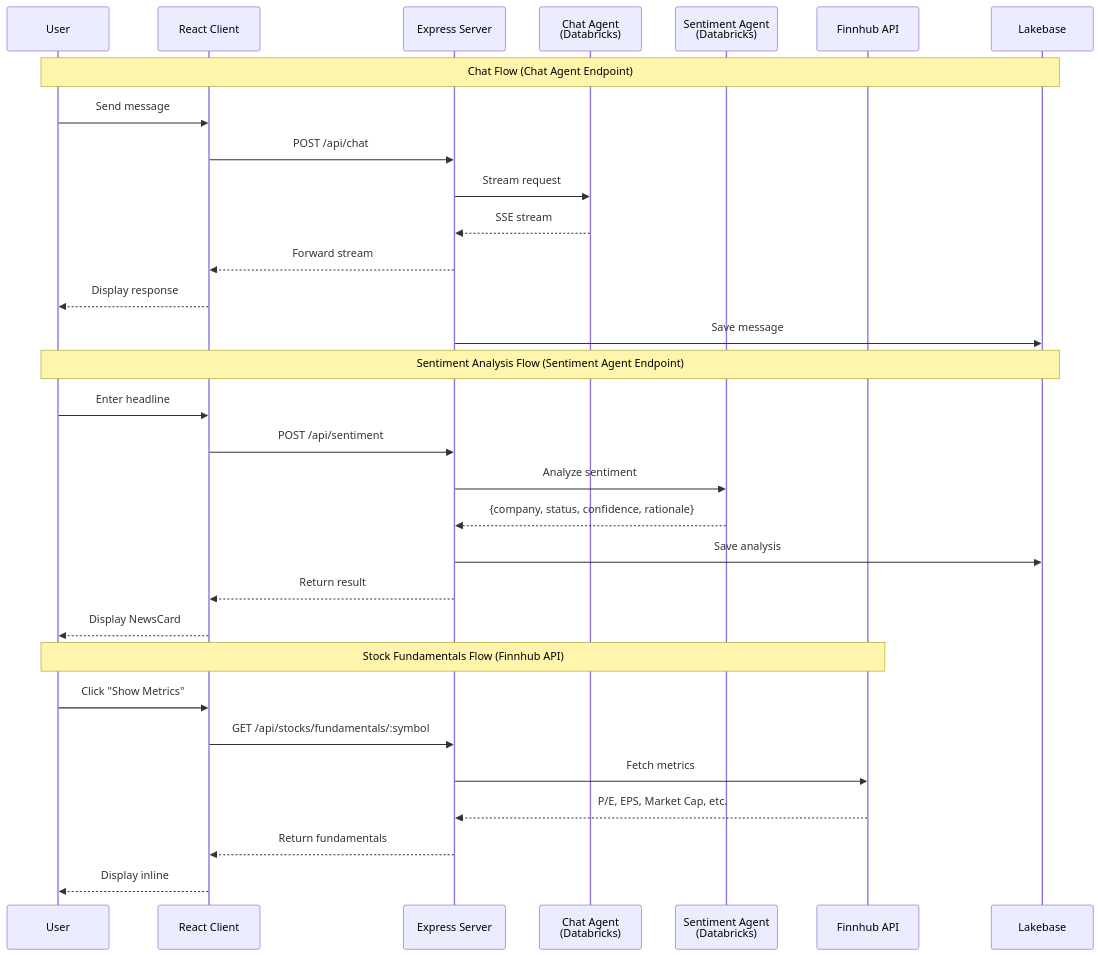
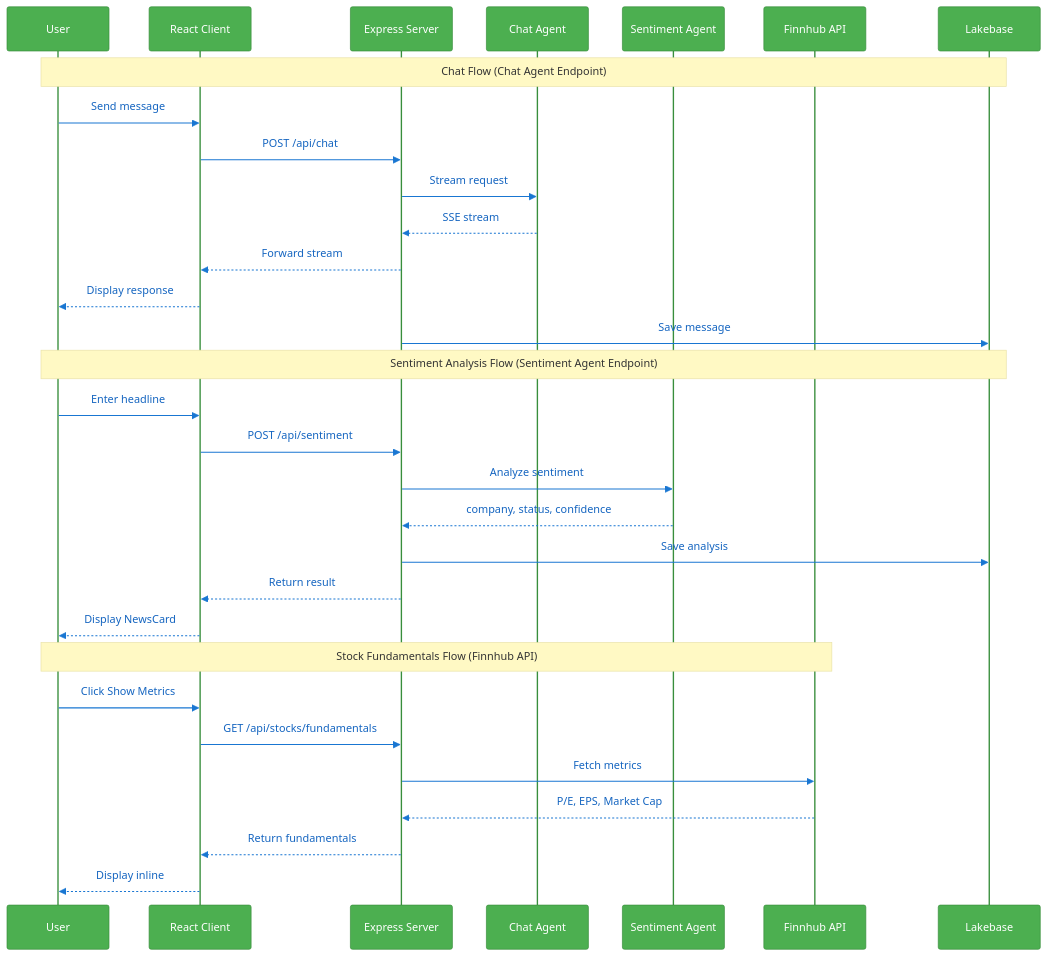
The second of 3 diagrams in README.md (AnanyaDBJ/equity-analyst-app-agent), drawn with Mermaid before and after one commit. The commit also changed other lines of this file, not shown here.

Commit message:
docs: Update Mermaid diagrams with white background and colorful styling

````diff
--- a/README.md
+++ b/README.md
@@ -101,36 +108,37 @@
 ```mermaid
+%%{init: {'theme': 'base', 'themeVariables': { 'primaryColor': '#E3F2FD', 'primaryTextColor': '#1565C0', 'primaryBorderColor': '#1976D2', 'lineColor': '#666', 'noteBkgColor': '#FFF9C4', 'noteTextColor': '#333', 'actorBkg': '#4CAF50', 'actorTextColor': '#fff', 'actorBorder': '#388E3C', 'signalColor': '#1976D2', 'background': '#ffffff'}}}%%
 sequenceDiagram
     participant U as User
     participant C as React Client
     participant S as Express Server
-    participant CA as Chat Agent<br/>(Databricks)
-    participant SA as Sentiment Agent<br/>(Databricks)
+    participant CA as Chat Agent
+    participant SA as Sentiment Agent
     participant F as Finnhub API
     participant DB as Lakebase
 
     Note over U,DB: Chat Flow (Chat Agent Endpoint)
     U->>C: Send message
     C->>S: POST /api/chat
     S->>CA: Stream request
     CA-->>S: SSE stream
     S-->>C: Forward stream
     C-->>U: Display response
     S->>DB: Save message
 
     Note over U,DB: Sentiment Analysis Flow (Sentiment Agent Endpoint)
     U->>C: Enter headline
     C->>S: POST /api/sentiment
     S->>SA: Analyze sentiment
-    SA-->>S: {company, status, confidence, rationale}
+    SA-->>S: company, status, confidence
     S->>DB: Save analysis
     S-->>C: Return result
     C-->>U: Display NewsCard
 
     Note over U,F: Stock Fundamentals Flow (Finnhub API)
-    U->>C: Click "Show Metrics"
-    C->>S: GET /api/stocks/fundamentals/:symbol
+    U->>C: Click Show Metrics
+    C->>S: GET /api/stocks/fundamentals
     S->>F: Fetch metrics
-    F-->>S: P/E, EPS, Market Cap, etc.
+    F-->>S: P/E, EPS, Market Cap
     S-->>C: Return fundamentals
     C-->>U: Display inline
 ```
````
